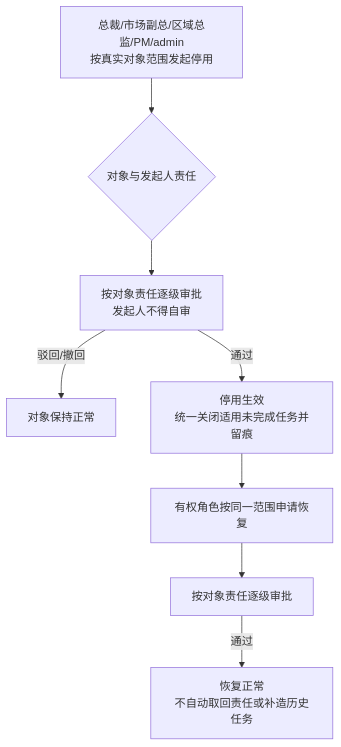
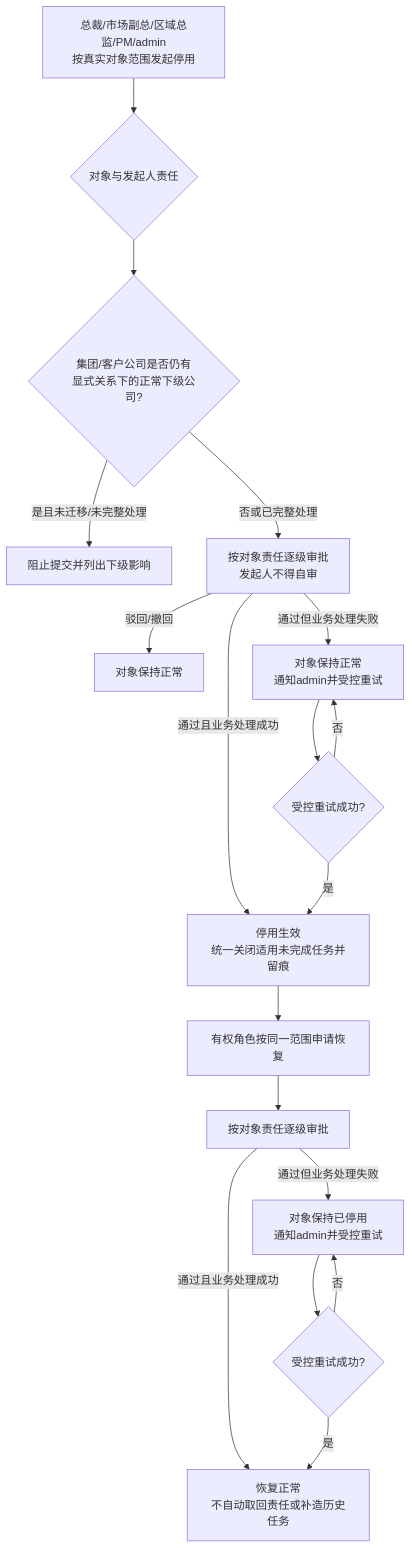
One commit to Joker-1030/Yingjia-Internal-Management-System changed the first of 2 diagrams in prd-workspace/current/user-flows/FLOW-13-M05-deactivation-and-restore.md. Above: the diagram before and after it, drawn with Mermaid. The commit also changed other lines of this file and 117 other files, not shown here.

````diff
--- a/prd-workspace/current/user-flows/FLOW-13-M05-deactivation-and-restore.md
+++ b/prd-workspace/current/user-flows/FLOW-13-M05-deactivation-and-restore.md
@@ -10,10 +10,20 @@
 ```mermaid
 flowchart TD
     A[总裁/市场副总/区域总监/PM/admin<br/>按真实对象范围发起停用] --> B{对象与发起人责任}
-    B --> C[按对象责任逐级审批<br/>发起人不得自审]
+    B --> B1{集团/客户公司是否仍有<br/>显式关系下的正常下级公司?}
+    B1 -- 是且未迁移/未完整处理 --> B2[阻止提交并列出下级影响]
+    B1 -- 否或已完整处理 --> C[按对象责任逐级审批<br/>发起人不得自审]
     C -- 驳回/撤回 --> D[对象保持正常]
-    C -- 通过 --> E[停用生效<br/>统一关闭适用未完成任务并留痕]
+    C -- 通过且业务处理成功 --> E[停用生效<br/>统一关闭适用未完成任务并留痕]
+    C -- 通过但业务处理失败 --> C1[对象保持正常<br/>通知admin并受控重试]
+    C1 --> C2{受控重试成功?}
+    C2 -- 否 --> C1
+    C2 -- 是 --> E
     E --> F[有权角色按同一范围申请恢复]
     F --> G[按对象责任逐级审批]
-    G -- 通过 --> H[恢复正常<br/>不自动取回责任或补造历史任务]
+    G -- 通过且业务处理成功 --> H[恢复正常<br/>不自动取回责任或补造历史任务]
+    G -- 通过但业务处理失败 --> G1[对象保持已停用<br/>通知admin并受控重试]
+    G1 --> G2{受控重试成功?}
+    G2 -- 否 --> G1
+    G2 -- 是 --> H
 ```
````
